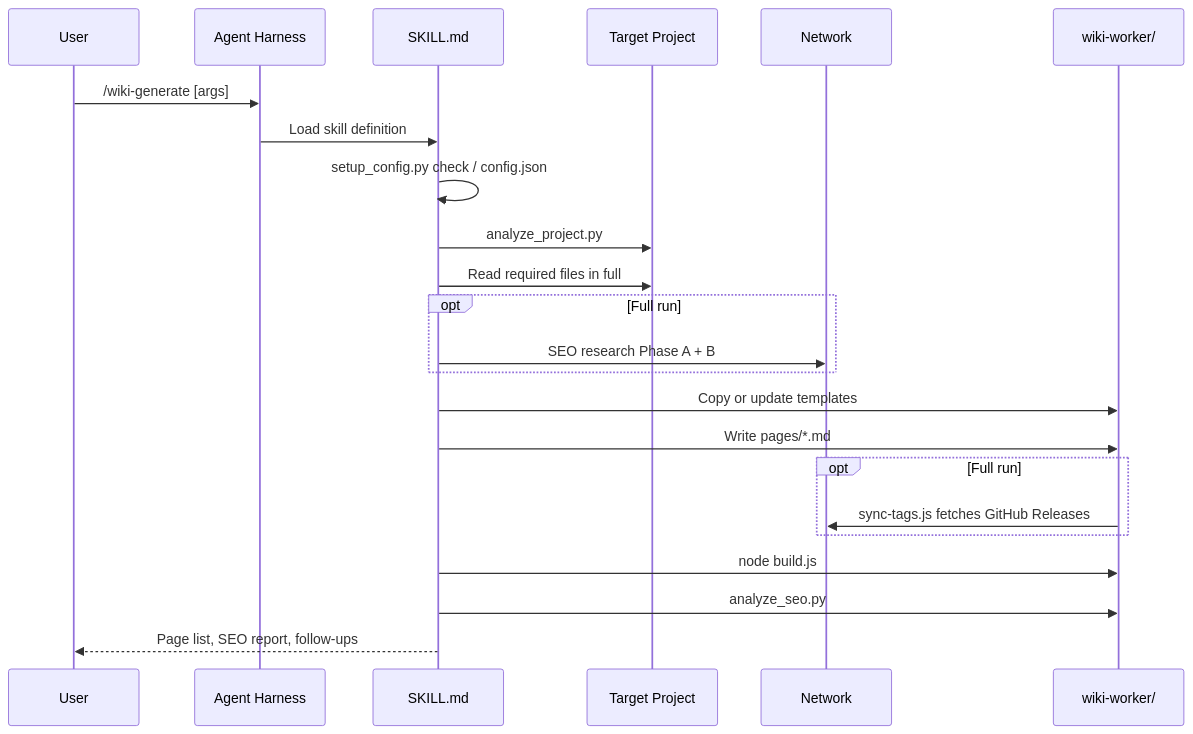
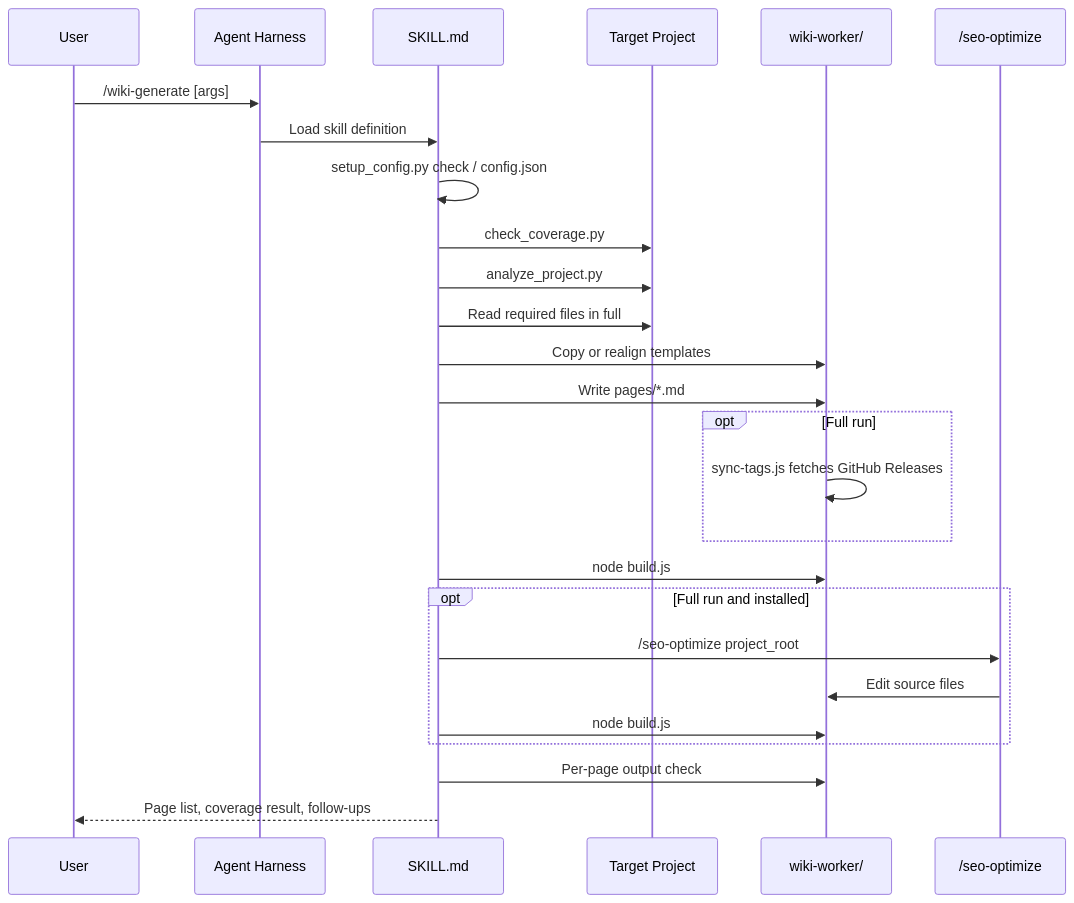
One commit to agenvoy/skill-wiki-generate changed the eighth of 9 diagrams in doc/architecture.md. Above: the diagram before and after it, drawn with Mermaid. The commit also changed other lines of this file and 13 other files, not shown here.

Commit message:
breaking: Delegate SEO to /seo-optimize and remove built-in SEO scripts

````diff
--- a/doc/architecture.md
+++ b/doc/architecture.md
@@ -131,26 +155,29 @@
 ```mermaid
 sequenceDiagram
     participant User
     participant Agent as Agent Harness
     participant Skill as SKILL.md
     participant Src as Target Project
-    participant Web as Network
     participant Worker as wiki-worker/
+    participant SEO as /seo-optimize
 
     User->>Agent: /wiki-generate [args]
     Agent->>Skill: Load skill definition
     Skill->>Skill: setup_config.py check / config.json
+    Skill->>Src: check_coverage.py
     Skill->>Src: analyze_project.py
     Skill->>Src: Read required files in full
-    opt Full run
-        Skill->>Web: SEO research Phase A + B
-    end
-    Skill->>Worker: Copy or update templates
+    Skill->>Worker: Copy or realign templates
     Skill->>Worker: Write pages/*.md
     opt Full run
-        Worker->>Web: sync-tags.js fetches GitHub Releases
+        Worker->>Worker: sync-tags.js fetches GitHub Releases
     end
     Skill->>Worker: node build.js
-    Skill->>Worker: analyze_seo.py
-    Skill-->>User: Page list, SEO report, follow-ups
+    opt Full run and installed
+        Skill->>SEO: /seo-optimize project_root
+        SEO->>Worker: Edit source files
+        Skill->>Worker: node build.js
+    end
+    Skill->>Worker: Per-page output check
+    Skill-->>User: Page list, coverage result, follow-ups
 ```
````
